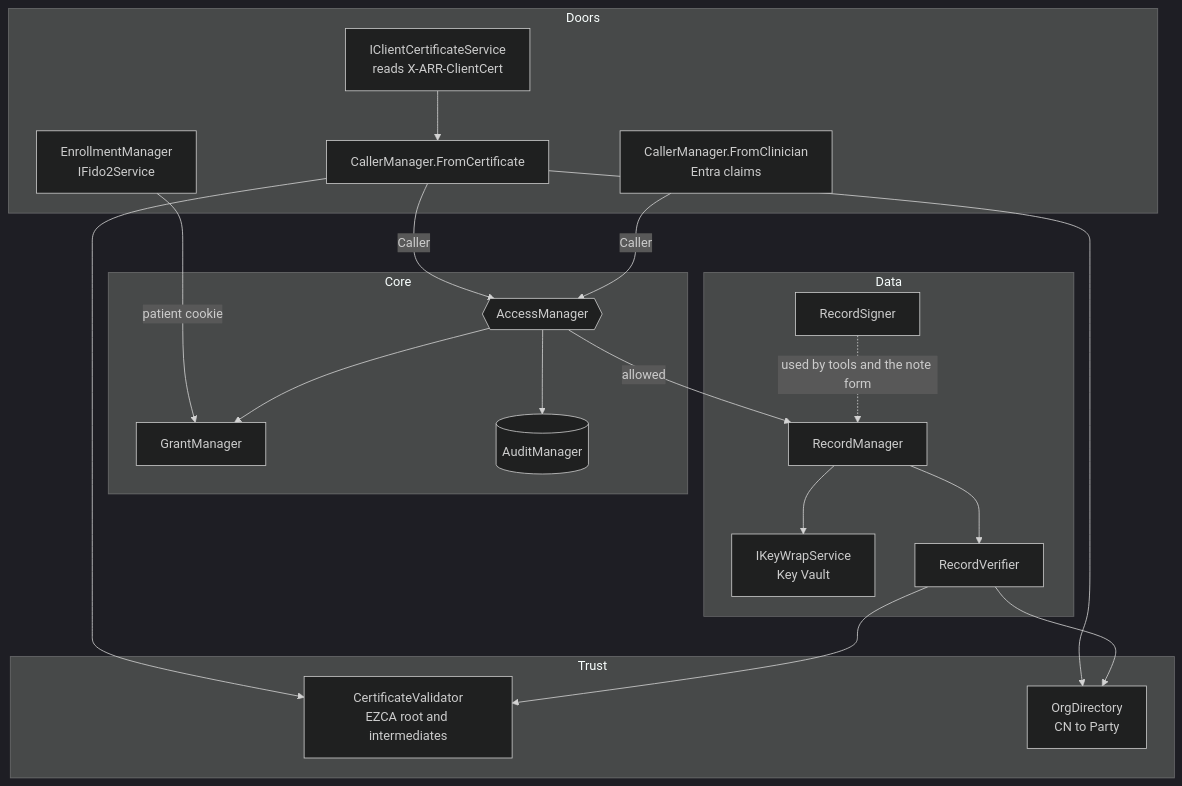
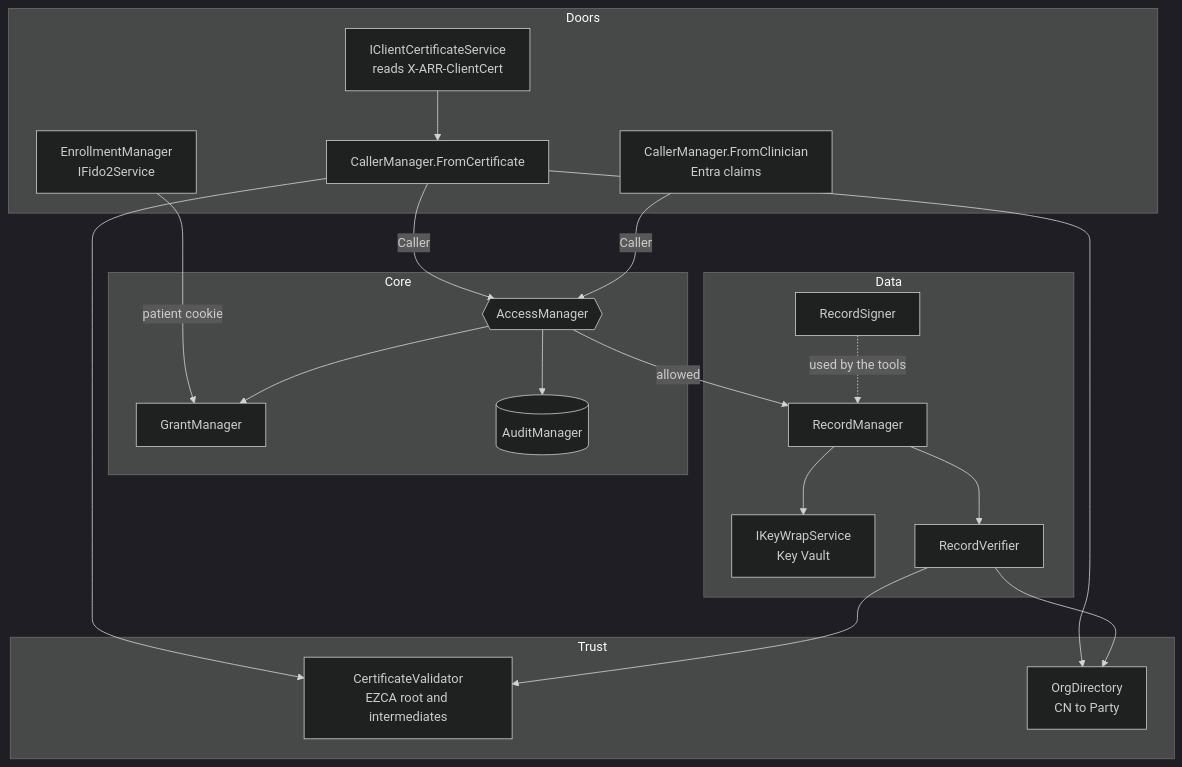
Diagram 11 of 11 in docs/auth-flows.md (ParkerHitch/EZEHR), drawn with Mermaid (dark theme) before and after one commit. The commit also changed other lines of this file and 36 other files, not shown here.

````diff
--- a/docs/auth-flows.md
+++ b/docs/auth-flows.md
@@ -348,38 +358,38 @@
 ```mermaid
 flowchart TB
   subgraph Doors
     CS["IClientCertificateService<br/>reads X-ARR-ClientCert"]
     CR["CallerManager.FromCertificate"]
     PK["EnrollmentManager<br/>IFido2Service"]
     CA["CallerManager.FromClinician<br/>Entra claims"]
   end
   subgraph Trust
     CV["CertificateValidator<br/>EZCA root and intermediates"]
     OD["OrgDirectory<br/>CN to Party"]
   end
   subgraph Core
     G{{"AccessManager"}}
     GS["GrantManager"]
     AL[("AuditManager")]
   end
   subgraph Data
     RS["RecordManager"]
     KW["IKeyWrapService<br/>Key Vault"]
     RV["RecordVerifier"]
     RSG["RecordSigner"]
   end
   CS --> CR
   CR --> CV
   CR --> OD
   CR -- "Caller" --> G
   CA -- "Caller" --> G
   PK -- "patient cookie" --> GS
   G --> GS
   G --> AL
   G -- "allowed" --> RS
   RS --> KW
   RS --> RV
   RV --> CV
   RV --> OD
-  RSG -. "used by tools and the note form" .-> RS
+  RSG -. "used by the tools" .-> RS
 ```
````
